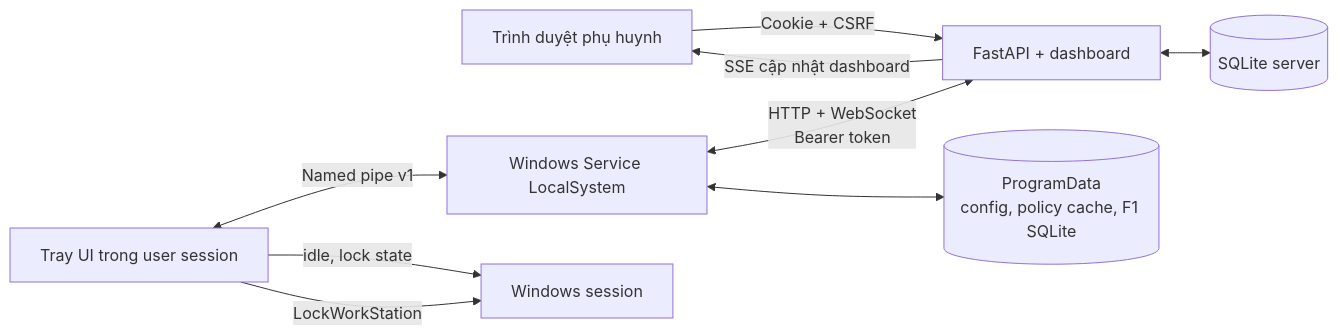
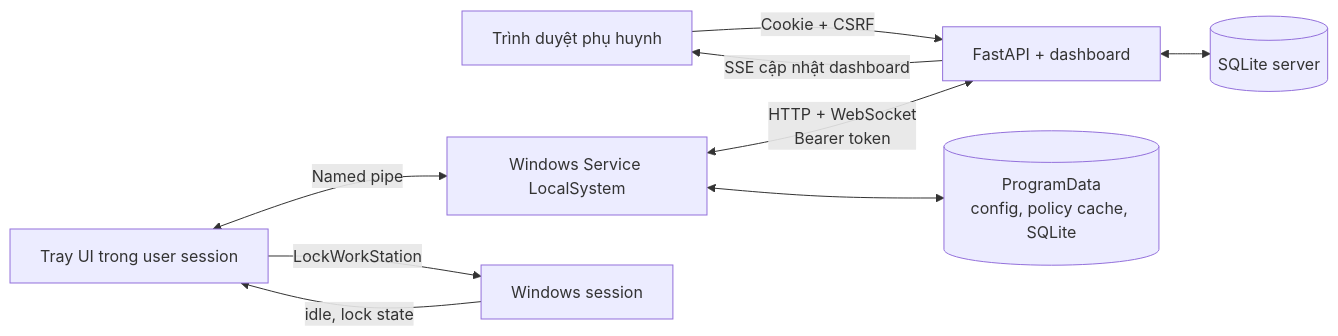
One commit to 23120357/openguard-kids-project changed the diagram in docs/WEEK3_HANDOFF.md. Above: the diagram before and after it, drawn with Mermaid. The commit also changed 21 other files, not shown here.

````diff
--- a/docs/WEEK3_HANDOFF.md
+++ b/docs/WEEK3_HANDOFF.md
@@ -29,11 +29,12 @@
 ```mermaid
 flowchart LR
     Parent[Trình duyệt phụ huynh] -->|Cookie + CSRF| API[FastAPI + dashboard]
     API <--> DB[(SQLite server)]
     API -->|SSE cập nhật dashboard| Parent
     Service[Windows Service LocalSystem] <-->|HTTP + WebSocket\nBearer token| API
-    Service <--> Cache[(ProgramData\nconfig, policy cache, F1 SQLite)]
-    Tray[Tray UI trong user session] <-->|Named pipe v1| Service
-    Tray -->|idle, lock state| Windows[Windows session]
-    Tray -->|LockWorkStation| Windows
+    Service <--> Cache[(ProgramData\nconfig, policy cache, SQLite)]
+    Tray[Tray UI trong user session] <-->|Named pipe| Service
+    
+    Windows -->|idle, lock state| Tray
+    Tray -->|LockWorkStation| Windows[Windows session]
 ```
````
